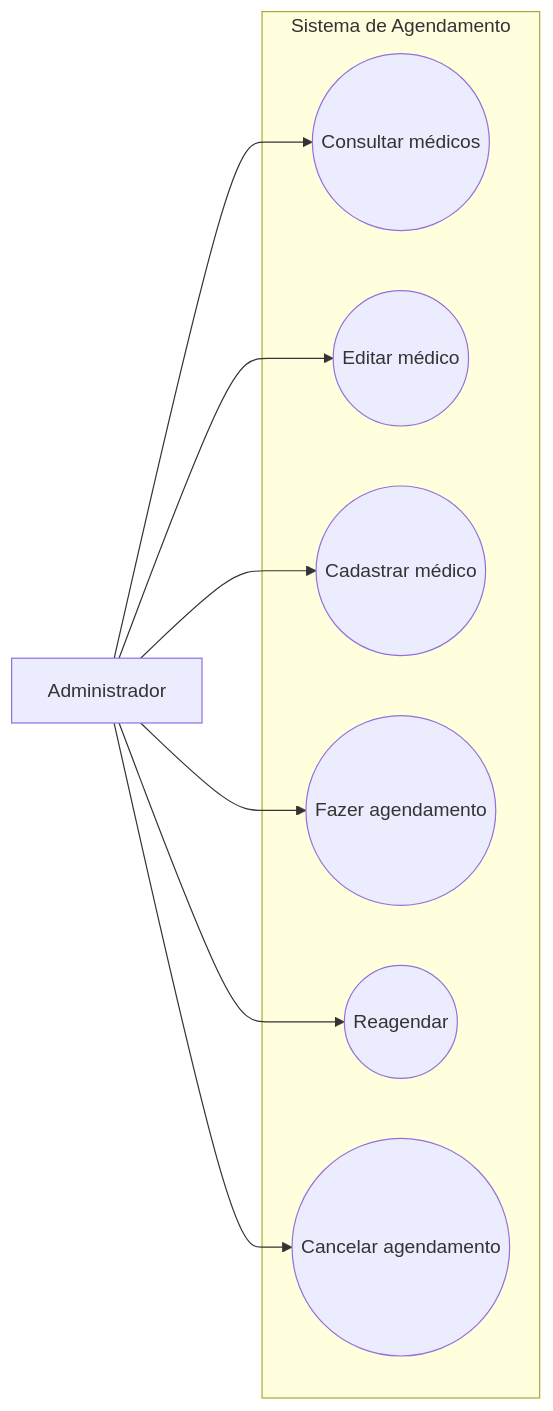
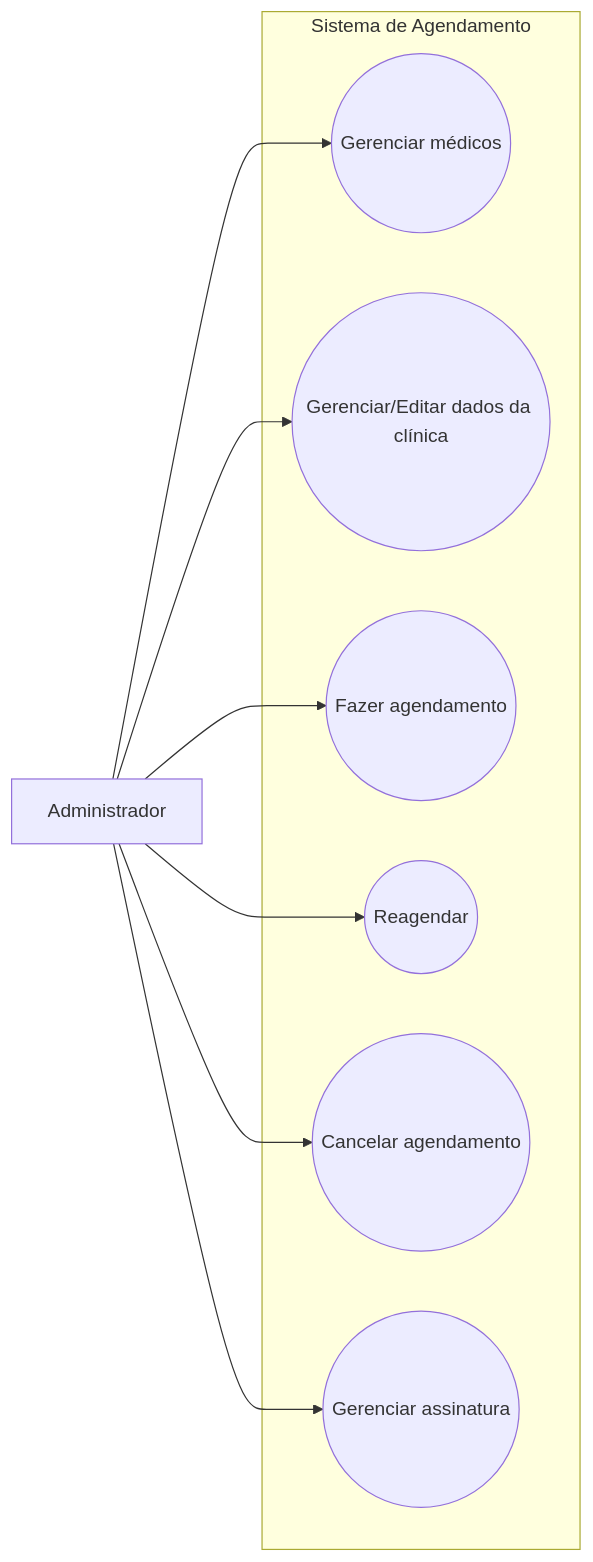
Before and after one commit to InsaneCaio/eng-soft-2026-1: the first of 2 diagrams in README.md, drawn with Mermaid.

````diff
--- a/README.md
+++ b/README.md
@@ -85,20 +85,20 @@
 ```mermaid
 flowchart LR
     A[Administrador]
 
     subgraph Sistema de Agendamento
-        UC1((Consultar médicos))
-        UC2((Editar médico))
-        UC3((Cadastrar médico))
-        UC4((Fazer agendamento))
-        UC5((Reagendar))
-        UC6((Cancelar agendamento))
+        UC1((Gerenciar médicos))
+        UC2((Gerenciar/Editar dados da clínica))
+        UC3((Fazer agendamento))
+        UC4((Reagendar))
+        UC5((Cancelar agendamento))
+        UC6((Gerenciar assinatura))
     end
 
     A --> UC1
     A --> UC2
     A --> UC3
     A --> UC4
     A --> UC5
     A --> UC6
 ```
````
